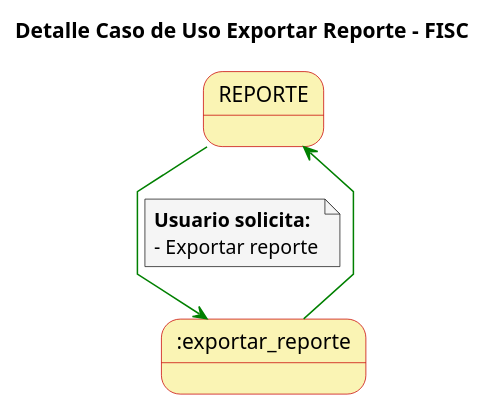
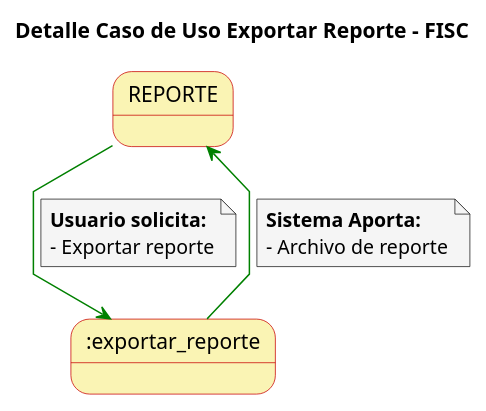
Before and after one commit to mmasias/23-24-IdSw1-SDR: the diagram in casosDeUso/detallesCasosUso/detalleCasoUsoExportarReporte.puml, drawn with PlantUML. The commit also changed 10 other files, not shown here.

```diff
--- a/casosDeUso/detallesCasosUso/detalleCasoUsoExportarReporte.puml
+++ b/casosDeUso/detallesCasosUso/detalleCasoUsoExportarReporte.puml
@@ -1,25 +1,29 @@
 @startuml
 
 skinparam state {
   BackgroundColor #faf4b4
   BorderColor #c90000
 }
 
 skinparam note {
   BackgroundColor #f5f5f5
 }
 
 skinparam linetype polyline
 
 title Detalle Caso de Uso Exportar Reporte - FISC
 
 
 REPORTE-[#green]-> :exportar_reporte 
 note on link
   **Usuario solicita:**
   - Exportar reporte
 end note
   
 :exportar_reporte -[#green]-> REPORTE
+note on link
+  **Sistema Aporta:**
+  - Archivo de reporte
+end note
 
 @enduml
```
